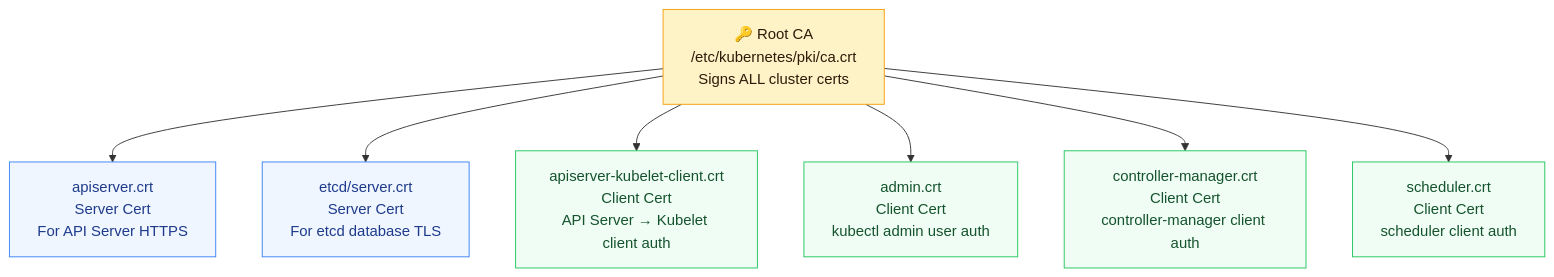
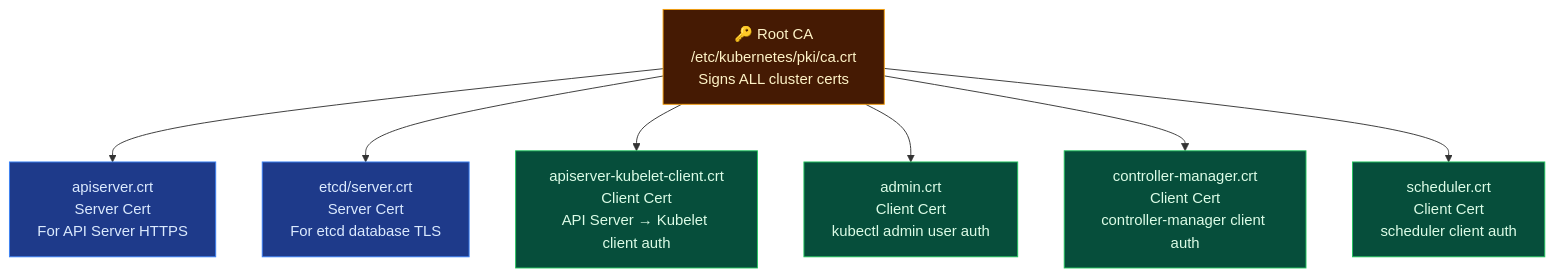
Before and after one commit to Gautam4424/k8slearn-content: the diagram in content/common/security/certificates-tls/certificates-tls.md, drawn with Mermaid. The commit also changed 5 other files, not shown here.

First line of the commit message:
fix: update mermaid diagram colors and layouts for dark theme

````diff
--- a/content/common/security/certificates-tls/certificates-tls.md
+++ b/content/common/security/certificates-tls/certificates-tls.md
@@ -21,19 +21,19 @@
 ```mermaid
 flowchart TD
     CA["🔑 Root CA\n/etc/kubernetes/pki/ca.crt\nSigns ALL cluster certs"]
 
     CA --> API_C["apiserver.crt\nServer Cert\nFor API Server HTTPS"]
     CA --> ETCD_C["etcd/server.crt\nServer Cert\nFor etcd database TLS"]
     CA --> KL_C["apiserver-kubelet-client.crt\nClient Cert\nAPI Server → Kubelet client auth"]
     CA --> ADMIN_C["admin.crt\nClient Cert\nkubectl admin user auth"]
     CA --> CTRL_C["controller-manager.crt\nClient Cert\ncontroller-manager client auth"]
     CA --> SCHED_C["scheduler.crt\nClient Cert\nscheduler client auth"]
 
-    style CA fill:#fef3c7,stroke:#f59e0b,color:#2d1a09
-    style API_C fill:#eff6ff,stroke:#3b82f6,color:#1e3a8a
-    style ETCD_C fill:#eff6ff,stroke:#3b82f6,color:#1e3a8a
-    style KL_C fill:#f0fdf4,stroke:#22c55e,color:#14532d
-    style ADMIN_C fill:#f0fdf4,stroke:#22c55e,color:#14532d
-    style CTRL_C fill:#f0fdf4,stroke:#22c55e,color:#14532d
-    style SCHED_C fill:#f0fdf4,stroke:#22c55e,color:#14532d
+    style CA fill:#451a03,stroke:#f59e0b,color:#fef3c7
+    style API_C fill:#1e3a8a,stroke:#3b82f6,color:#dbeafe
+    style ETCD_C fill:#1e3a8a,stroke:#3b82f6,color:#dbeafe
+    style KL_C fill:#064e3b,stroke:#22c55e,color:#dcfce7
+    style ADMIN_C fill:#064e3b,stroke:#22c55e,color:#dcfce7
+    style CTRL_C fill:#064e3b,stroke:#22c55e,color:#dcfce7
+    style SCHED_C fill:#064e3b,stroke:#22c55e,color:#dcfce7
 ```
````
